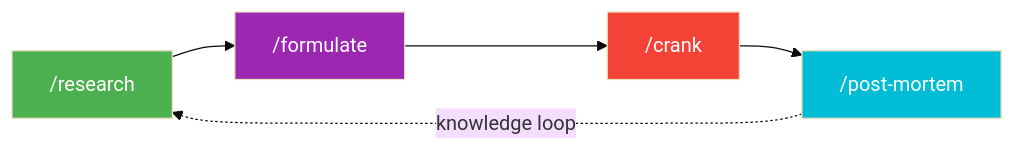
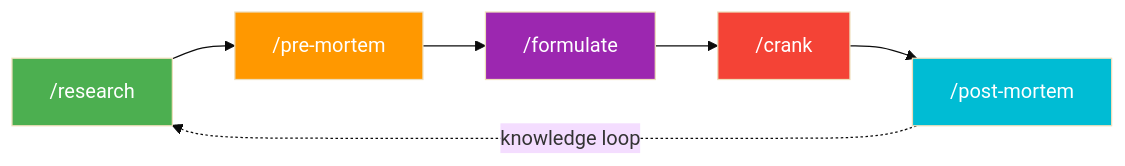
The first of 3 diagrams in README.md (rev044/agentops), drawn with Mermaid (base theme) before and after one commit. The commit also changed other lines of this file, not shown here.

First line of the commit message:
fix: add pre-mortem and post-mortem to workflow diagrams

````diff
--- a/README.md
+++ b/README.md
@@ -49,12 +49,14 @@
 ```mermaid
 flowchart LR
-    R["/research"] --> PLAN["/formulate"]
+    R["/research"] --> PRE["/pre-mortem"]
+    PRE --> PLAN["/formulate"]
     PLAN --> C["/crank"]
     C --> POST["/post-mortem"]
     POST -.->|knowledge loop| R
 
     style R fill:#4CAF50,color:#fff
+    style PRE fill:#FF9800,color:#fff
     style PLAN fill:#9C27B0,color:#fff
     style C fill:#F44336,color:#fff
     style POST fill:#00BCD4,color:#fff
 ```
````
